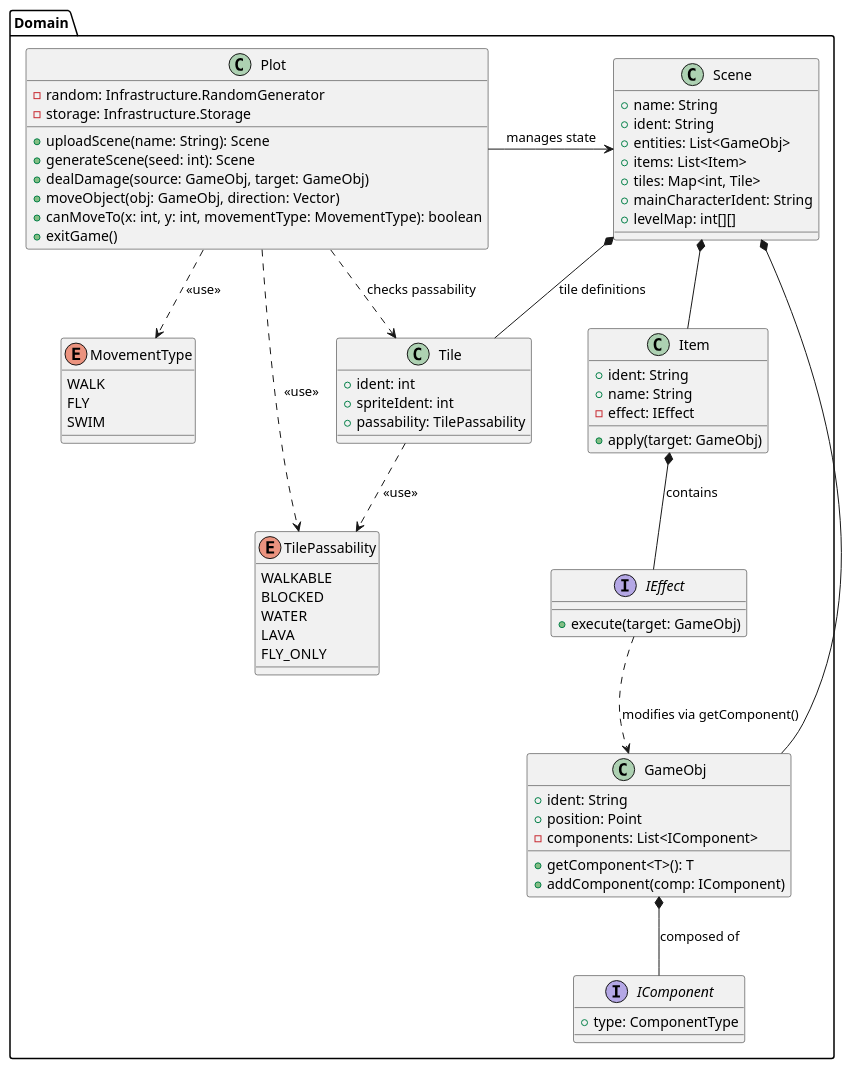
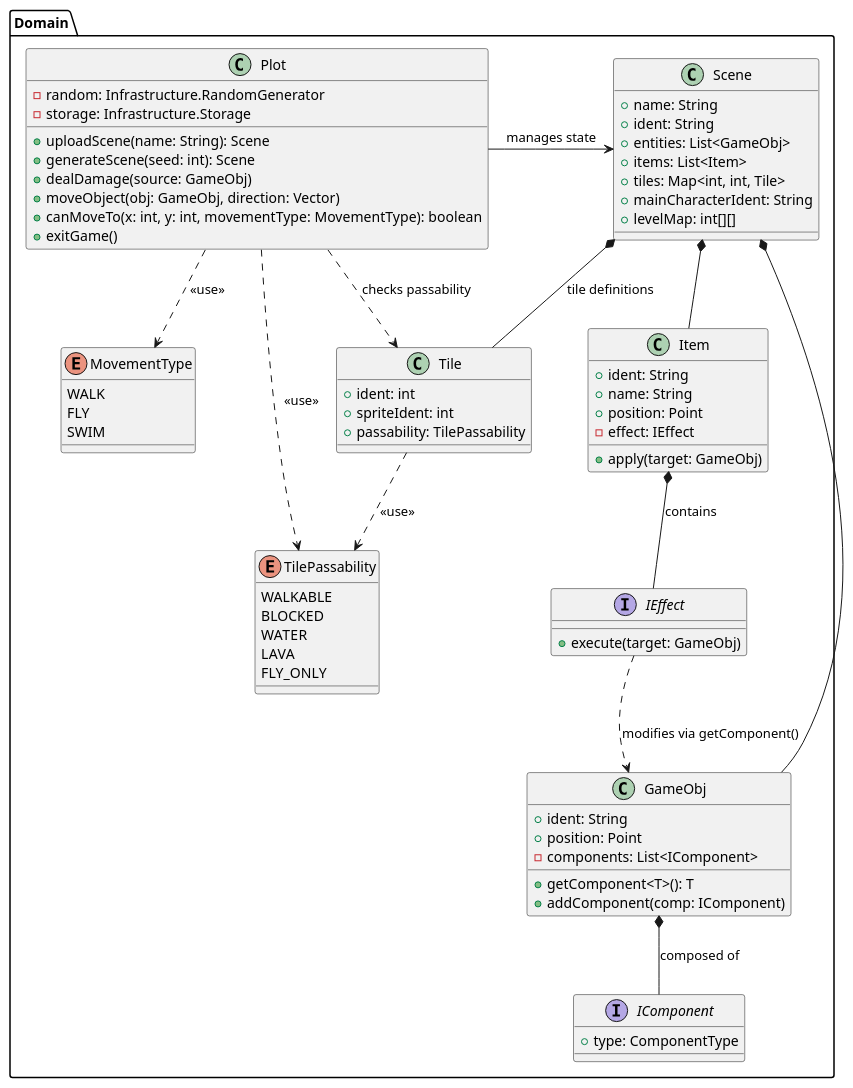
The diagram in src/domain.puml (VyacheslavIurevich/diagrams), drawn with PlantUML before and after one commit. The commit also changed 3 other files, not shown here.

```diff
--- a/src/domain.puml
+++ b/src/domain.puml
@@ -1,81 +1,82 @@
 @startuml
 namespace Domain {
 
     enum TilePassability {
         WALKABLE
         BLOCKED
         WATER
         LAVA
         FLY_ONLY
     }
 
     class Item {
         + ident: String
         + name: String
+        + position: Point
         - effect: IEffect
         + apply(target: GameObj)
     }
 
     interface IEffect {
         + execute(target: GameObj)
     }
 
     class GameObj {
         + ident: String
         + position: Point
         - components: List<IComponent>
         + getComponent<T>(): T
         + addComponent(comp: IComponent)
     }
 
     interface IComponent {
         + type: ComponentType
     }
 
     class Tile {
         + ident: int
         + spriteIdent: int
         + passability: TilePassability
     }
 
     class Scene {
         + name: String
         + ident: String
         + entities: List<GameObj>
         + items: List<Item>
-        + tiles: Map<int, Tile>
+        + tiles: Map<int, int, Tile>
         + mainCharacterIdent: String
         + levelMap: int[][]
     }
 
     class Plot {
         - random: Infrastructure.RandomGenerator
         - storage: Infrastructure.Storage
         + uploadScene(name: String): Scene
         + generateScene(seed: int): Scene
-        + dealDamage(source: GameObj, target: GameObj)
+        + dealDamage(source: GameObj)
         + moveObject(obj: GameObj, direction: Vector)
         + canMoveTo(x: int, y: int, movementType: MovementType): boolean
         + exitGame()
     }
 
     enum MovementType {
         WALK
         FLY
         SWIM
     }
 
     ' Relationships
     Plot -> Scene : "manages state"
     Scene *-- GameObj
     Scene *-- Item
     Scene *-- Tile : "tile definitions"
     Item *-- IEffect : "contains"
     GameObj *-- IComponent : "composed of"
     IEffect ..> GameObj : "modifies via getComponent()"
     Tile ..> TilePassability : <<use>>
     Plot ..> Tile : "checks passability"
     Plot ..> TilePassability : <<use>>
     Plot ..> MovementType : <<use>>
 }
 @enduml
```
